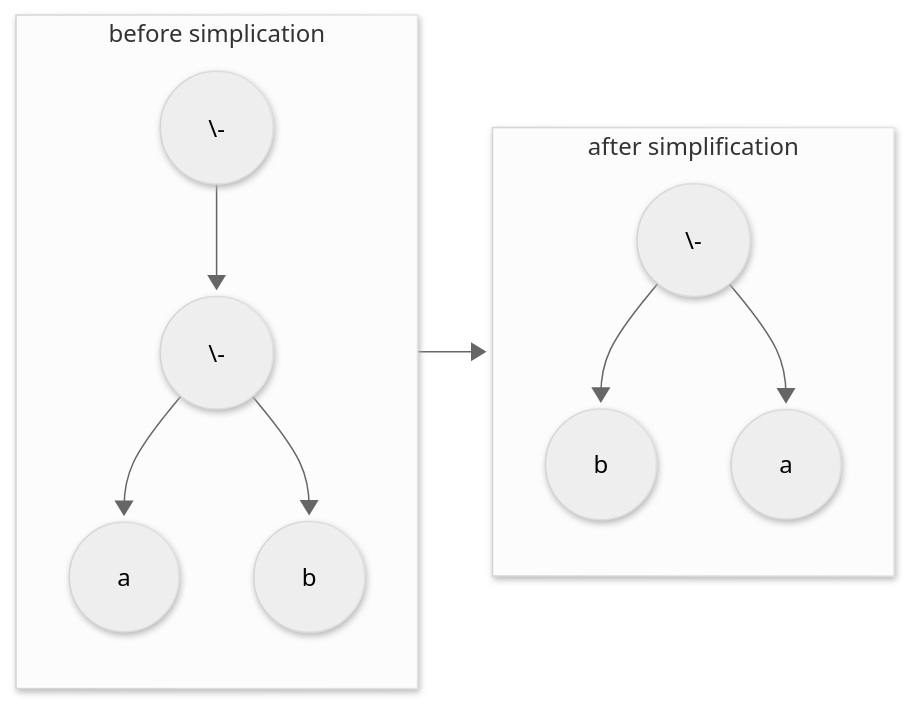
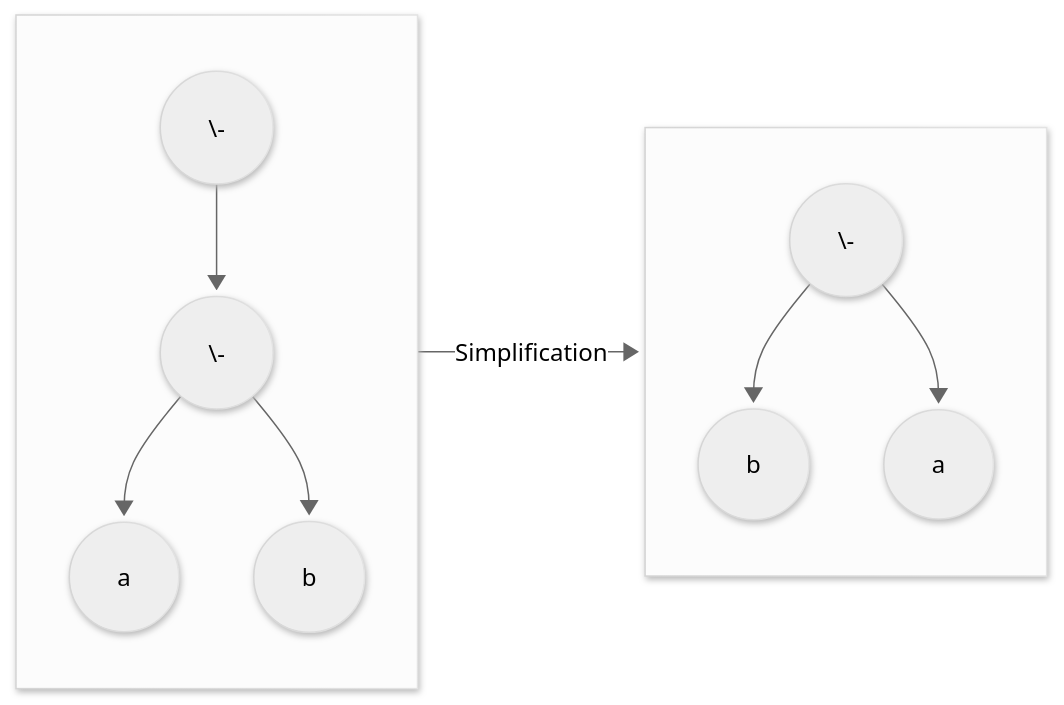
One commit to analog-system-compiler/asysc changed the second of 3 diagrams in doc/asysc.adoc. Above: the diagram before and after it, drawn with Mermaid. The commit also changed other lines of this file and 12 other files, not shown here.

```diff
--- a/doc/asysc.adoc
+++ b/doc/asysc.adoc
@@ -34,22 +34,22 @@
 [mermaid]
 ....
 ---
 config:
   theme: neutral
   look: neo
 ---
 flowchart LR
-    subgraph a [before simplication]
+    subgraph a [ ]
         direction TB
         A((\-)) --> B((\-))
         B --> C((a))
         B --> D((b))
     end
-    subgraph b [after simplification]
+    subgraph b [ ]
         direction TB
         E((\-)) 
         E --> F((b))
         E --> G((a))
     end
-    a --> b
+    a --"Simplification"--> b
 ....
```
